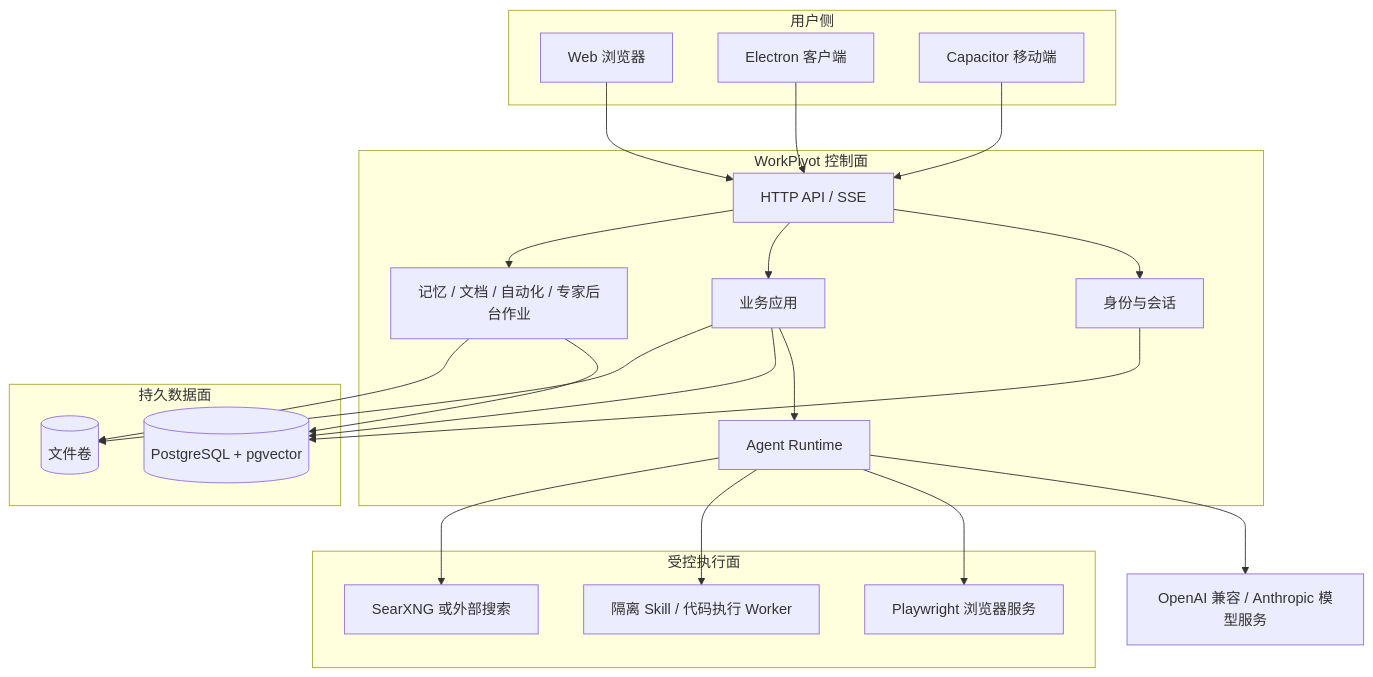
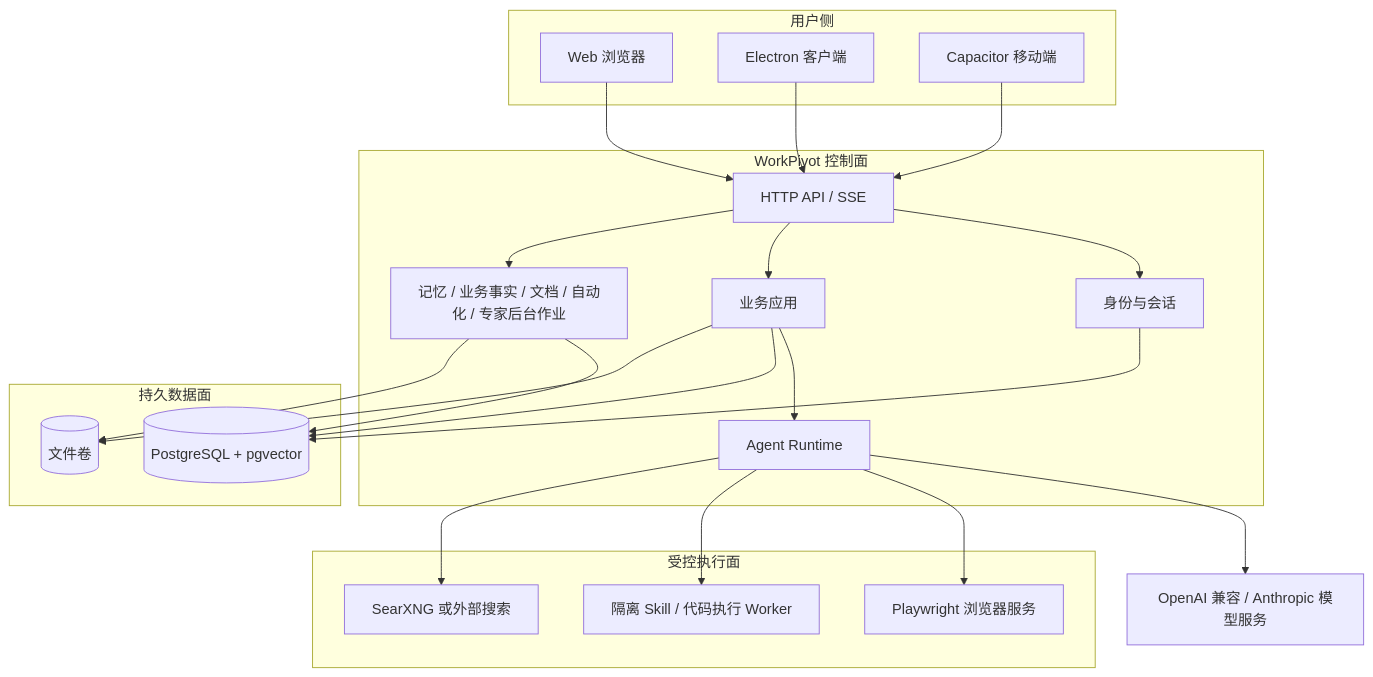
Before and after one commit to lichangbing/WorkPivot: the first of 3 diagrams in docs/02-design/architecture/系统总览.md, drawn with Mermaid. The commit also changed other lines of this file and 37 other files, not shown here.

````diff
--- a/docs/02-design/architecture/系统总览.md
+++ b/docs/02-design/architecture/系统总览.md
@@ -22,46 +22,46 @@
 ```mermaid
 flowchart TB
   subgraph Client["用户侧"]
     Web[Web 浏览器]
     Desktop[Electron 客户端]
     Mobile[Capacitor 移动端]
   end
 
   subgraph Control["WorkPivot 控制面"]
     API[HTTP API / SSE]
     Auth[身份与会话]
     App[业务应用]
     Agent[Agent Runtime]
-    Jobs[记忆 / 文档 / 自动化 / 专家后台作业]
+    Jobs[记忆 / 业务事实 / 文档 / 自动化 / 专家后台作业]
   end
 
   subgraph Execution["受控执行面"]
     Browser[Playwright 浏览器服务]
     Worker[隔离 Skill / 代码执行 Worker]
     Search[SearXNG 或外部搜索]
   end
 
   subgraph Data["持久数据面"]
     PG[(PostgreSQL + pgvector)]
     Files[(文件卷)]
   end
 
   Models[OpenAI 兼容 / Anthropic 模型服务]
 
   Web --> API
   Desktop --> API
   Mobile --> API
   API --> Auth
   API --> App
   App --> Agent
   API --> Jobs
   Agent --> Models
   Agent --> Browser
   Agent --> Worker
   Agent --> Search
   Auth --> PG
   App --> PG
   App --> Files
   Jobs --> PG
   Jobs --> Files
 ```
````
